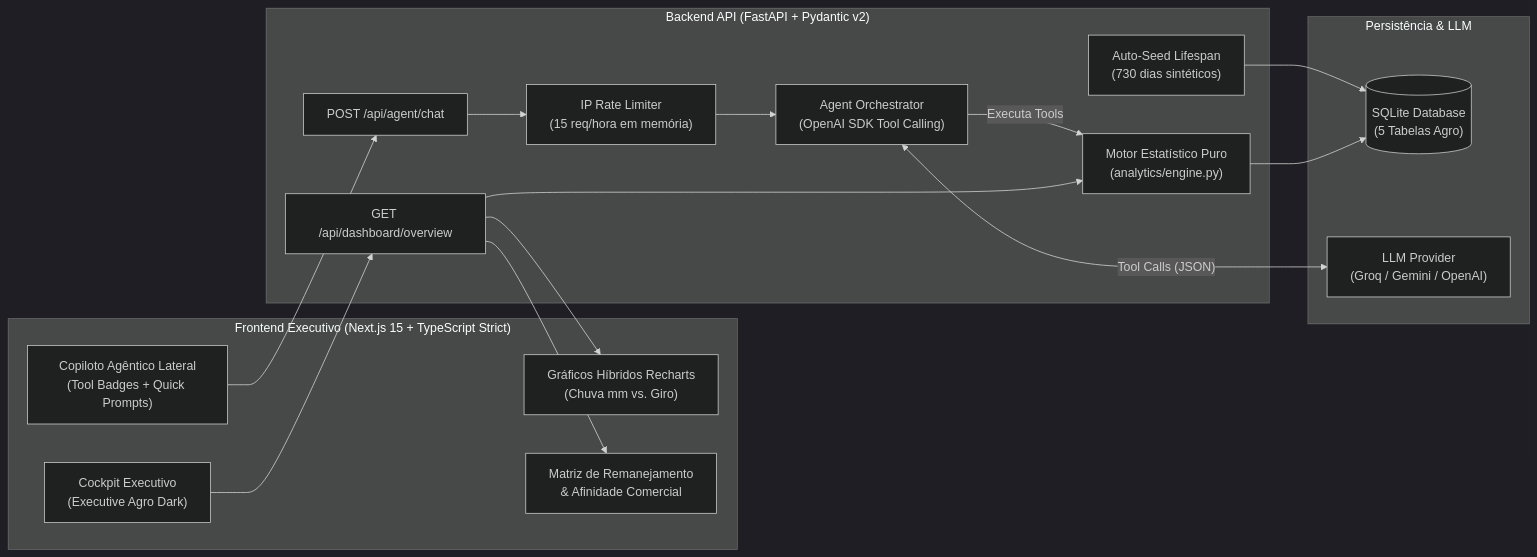
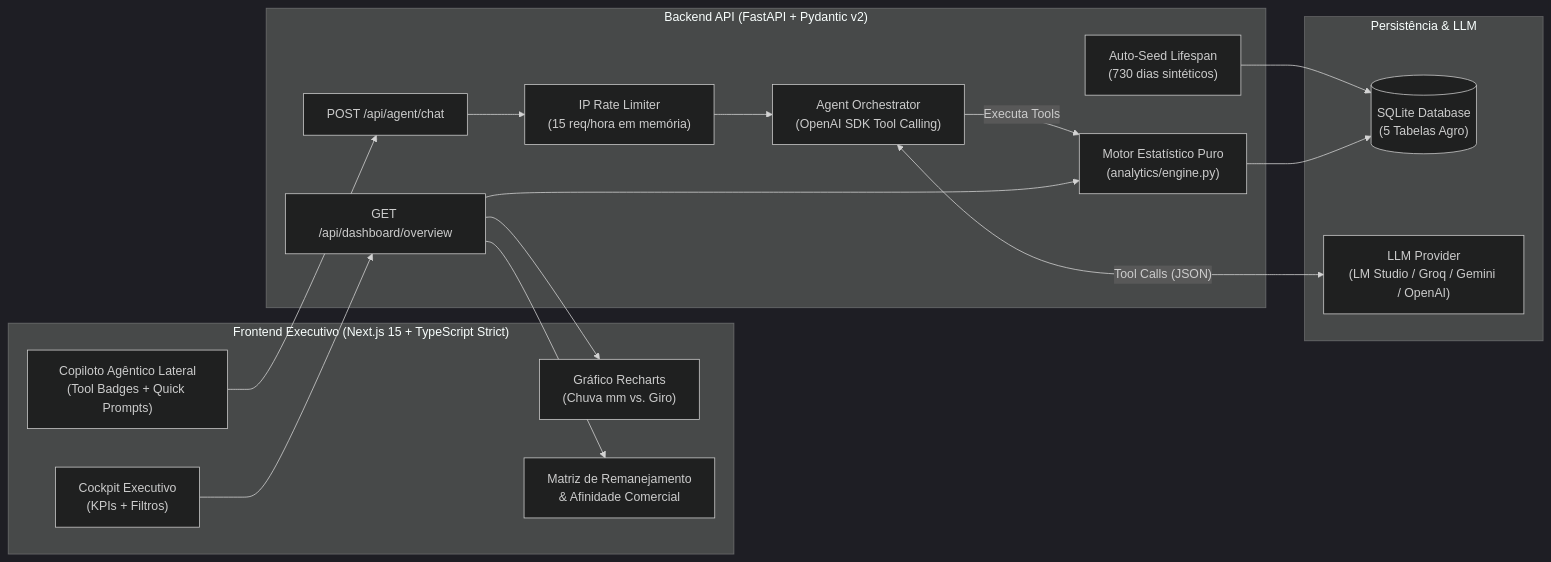
One commit to gui-smoura/agropulse-ai changed the diagram in README.md. Above: the diagram before and after it, drawn with Mermaid (dark theme). The commit also changed other lines of this file, not shown here.

````diff
--- a/README.md
+++ b/README.md
@@ -29,34 +43,34 @@
 ```mermaid
 flowchart LR
     subgraph Frontend["Frontend Executivo (Next.js 15 + TypeScript Strict)"]
-        UI["Cockpit Executivo\n(Executive Agro Dark)"]
-        Charts["Gráficos Híbridos Recharts\n(Chuva mm vs. Giro)"]
+        UI["Cockpit Executivo\n(KPIs + Filtros)"]
+        Charts["Gráfico Recharts\n(Chuva mm vs. Giro)"]
         Tables["Matriz de Remanejamento\n& Afinidade Comercial"]
         Copilot["Copiloto Agêntico Lateral\n(Tool Badges + Quick Prompts)"]
     end
 
     subgraph Backend["Backend API (FastAPI + Pydantic v2)"]
         Lifespan["Auto-Seed Lifespan\n(730 dias sintéticos)"]
         RateLimit["IP Rate Limiter\n(15 req/hora em memória)"]
         OverviewEP["GET /api/dashboard/overview"]
         ChatEP["POST /api/agent/chat"]
         Orchestrator["Agent Orchestrator\n(OpenAI SDK Tool Calling)"]
         Engine["Motor Estatístico Puro\n(analytics/engine.py)"]
     end
 
     subgraph Storage["Persistência & LLM"]
         SQLite[("SQLite Database\n(5 Tabelas Agro)")]
-        LLM["LLM Provider\n(Groq / Gemini / OpenAI)"]
+        LLM["LLM Provider\n(LM Studio / Groq / Gemini / OpenAI)"]
     end
 
     UI --> OverviewEP
     OverviewEP --> Charts
     OverviewEP --> Tables
     Copilot --> ChatEP
     ChatEP --> RateLimit --> Orchestrator
     Orchestrator <-->|"Tool Calls (JSON)"| LLM
     Orchestrator -->|"Executa Tools"| Engine
     OverviewEP --> Engine
     Lifespan --> SQLite
     Engine --> SQLite
 ```
````
